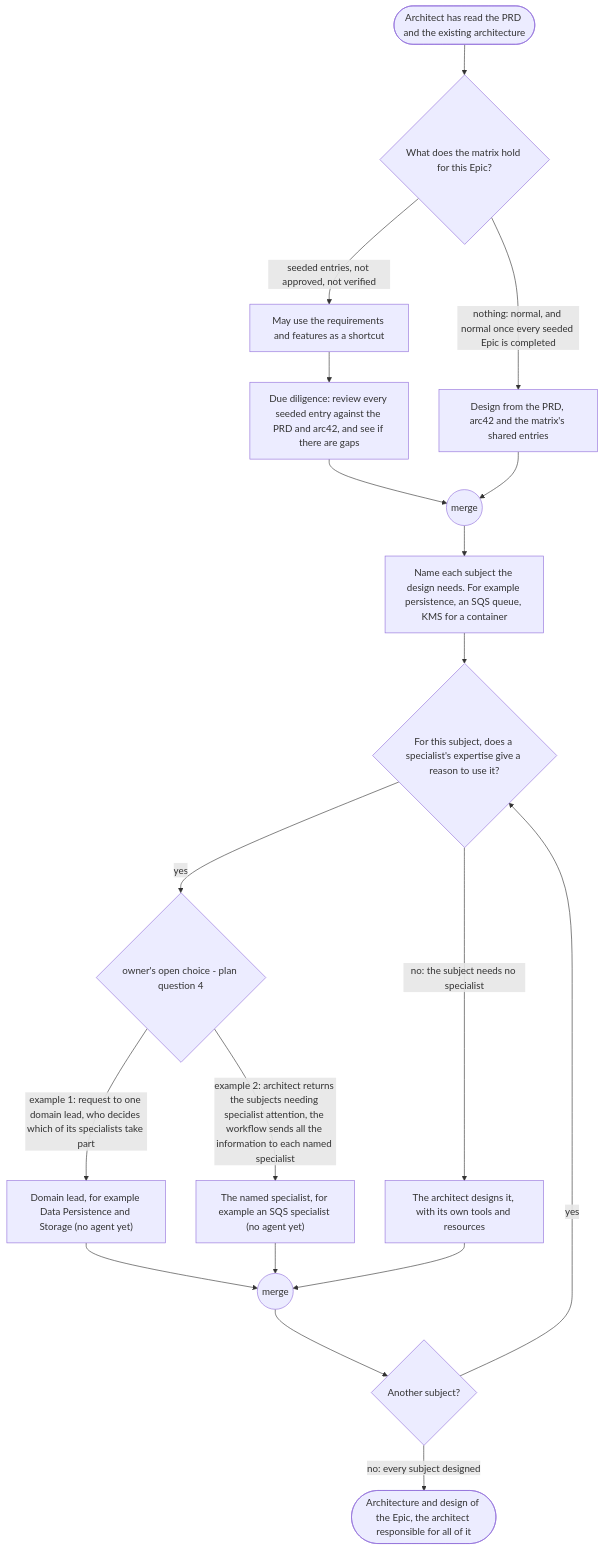
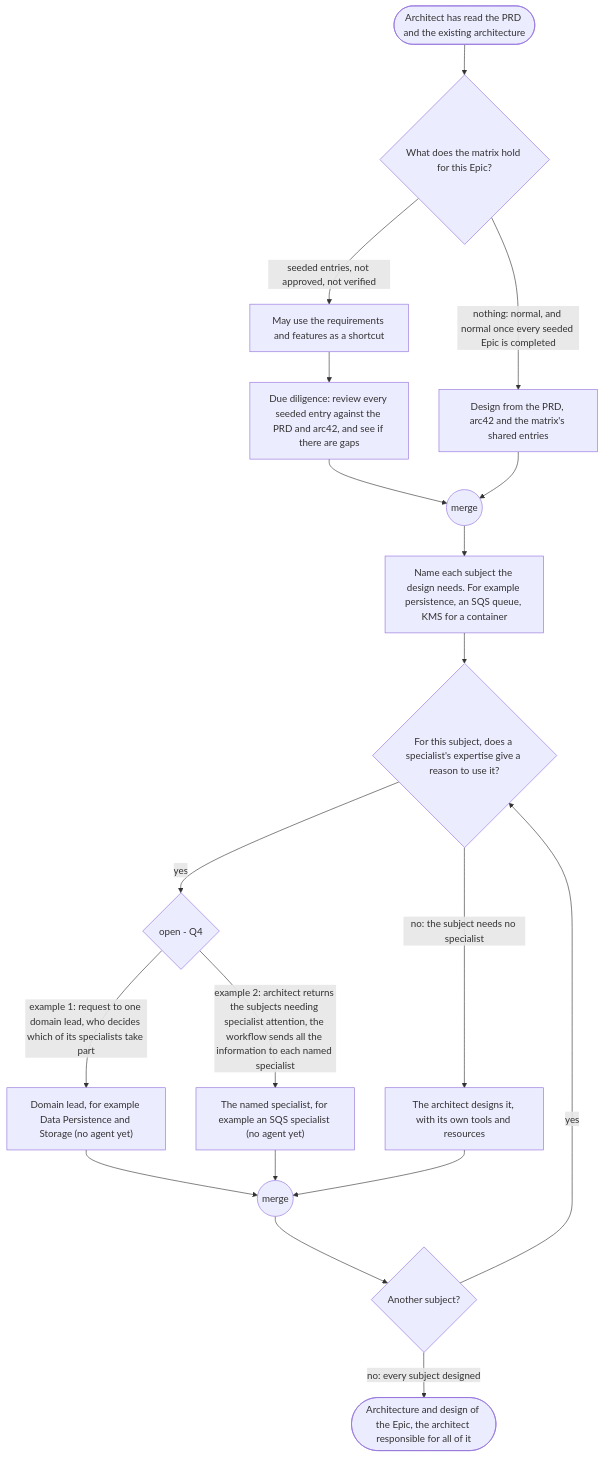
Before and after one commit to mark-satterfield/toolset: the third of 8 diagrams in plugins/agent-teams-workforce/blueprint/design/pipelines-elaboration.md, drawn with Mermaid. The commit also changed other lines of this file and 3 other files, not shown here.

````diff
--- a/plugins/agent-teams-workforce/blueprint/design/pipelines-elaboration.md
+++ b/plugins/agent-teams-workforce/blueprint/design/pipelines-elaboration.md
@@ -214,21 +215,21 @@
 ```mermaid
 flowchart TD
     s(["Architect has read the PRD and the existing architecture"]) --> q1{"What does the matrix hold for this Epic?"}
     q1 -->|"nothing: normal, and normal once every seeded Epic is completed"| fresh["Design from the PRD, arc42 and the matrix's shared entries"]
     q1 -->|"seeded entries, not approved, not verified"| short["May use the requirements and features as a shortcut"]
     short --> dd["Due diligence: review every seeded entry against the PRD and arc42, and see if there are gaps"]
     dd --> m1(("merge"))
     fresh --> m1
     m1 --> subj["Name each subject the design needs. For example persistence, an SQS queue, KMS for a container"]
     subj --> q2{"For this subject, does a specialist's expertise give a reason to use it?"}
-    q2 -->|"yes"| how{"owner's open choice - plan question 4"}
+    q2 -->|"yes"| how{"open - Q4"}
     how -->|"example 1: request to one domain lead, who decides which of its specialists take part"| lead["Domain lead, for example Data Persistence and Storage (no agent yet)"]
     how -->|"example 2: architect returns the subjects needing specialist attention, the workflow sends all the information to each named specialist"| direct["The named specialist, for example an SQS specialist (no agent yet)"]
     q2 -->|"no: the subject needs no specialist"| self["The architect designs it, with its own tools and resources"]
     lead --> m2(("merge"))
     direct --> m2
     self --> m2
     m2 --> more{"Another subject?"}
     more -->|"yes"| q2
     more -->|"no: every subject designed"| out(["Architecture and design of the Epic, the architect responsible for all of it"])
 ```
````
